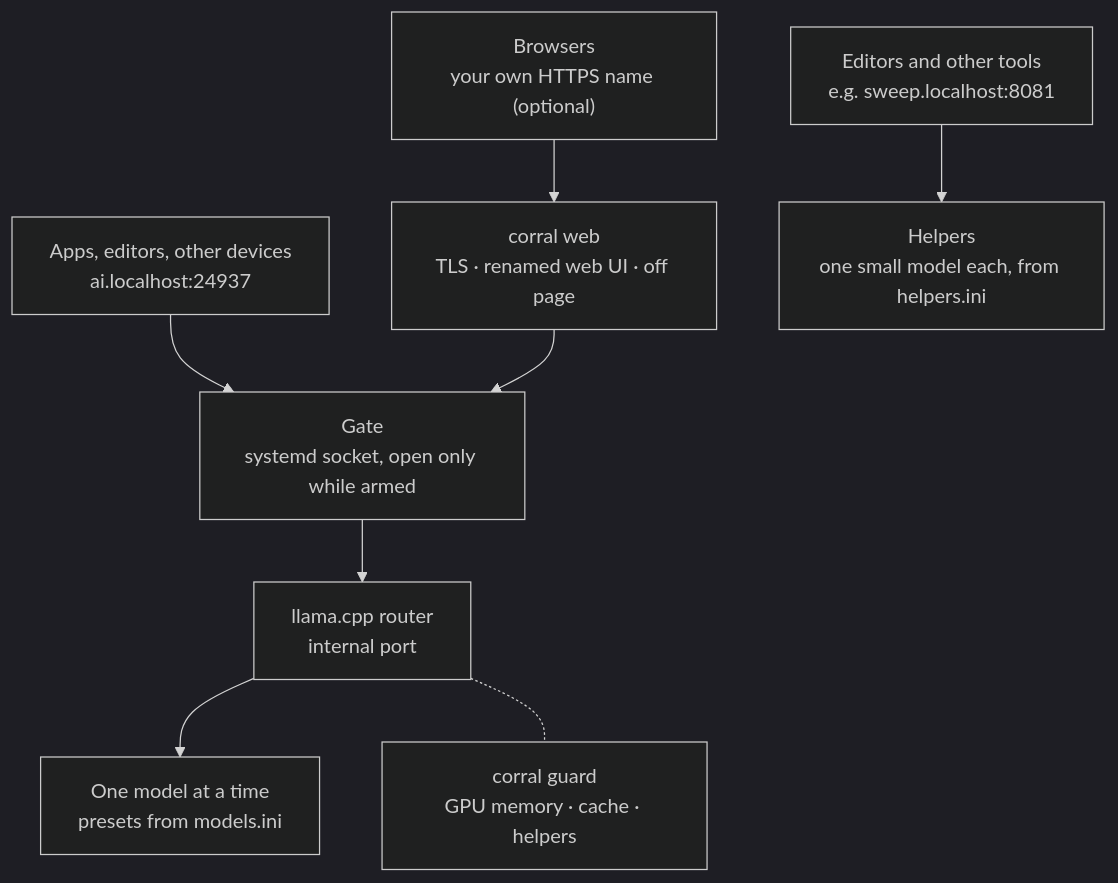
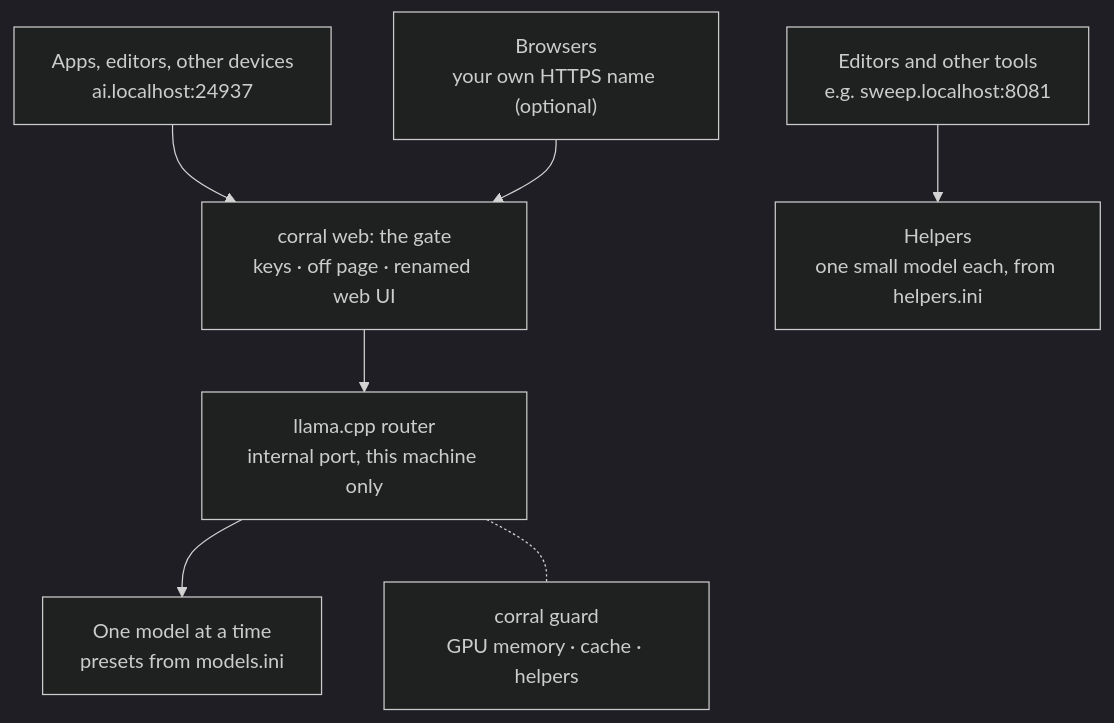
One commit to sannidhyaroy/corral changed the diagram in README.md. Above: the diagram before and after it, drawn with Mermaid (dark theme). The commit also changed other lines of this file, not shown here.

First line of the commit message:
docs(readme): document api keys and the single gate

````diff
--- a/README.md
+++ b/README.md
@@ -82,10 +82,9 @@
 ```mermaid
 flowchart TD
-    browser["Browsers<br/>your own HTTPS name (optional)"] --> web["corral web<br/>TLS · renamed web UI · off page"]
-    apps["Apps, editors, other devices<br/>ai.localhost:24937"] --> gate["Gate<br/>systemd socket, open only while armed"]
-    web --> gate
-    gate --> router["llama.cpp router<br/>internal port"]
+    apps["Apps, editors, other devices<br/>ai.localhost:24937"] --> web["corral web: the gate<br/>keys · off page · renamed web UI"]
+    browser["Browsers<br/>your own HTTPS name (optional)"] --> web
+    web --> router["llama.cpp router<br/>internal port, this machine only"]
     router --> model["One model at a time<br/>presets from models.ini"]
     router -.- guard["corral guard<br/>GPU memory · cache · helpers"]
     editors["Editors and other tools<br/>e.g. sweep.localhost:8081"] --> helper["Helpers<br/>one small model each, from helpers.ini"]
 ```
````
